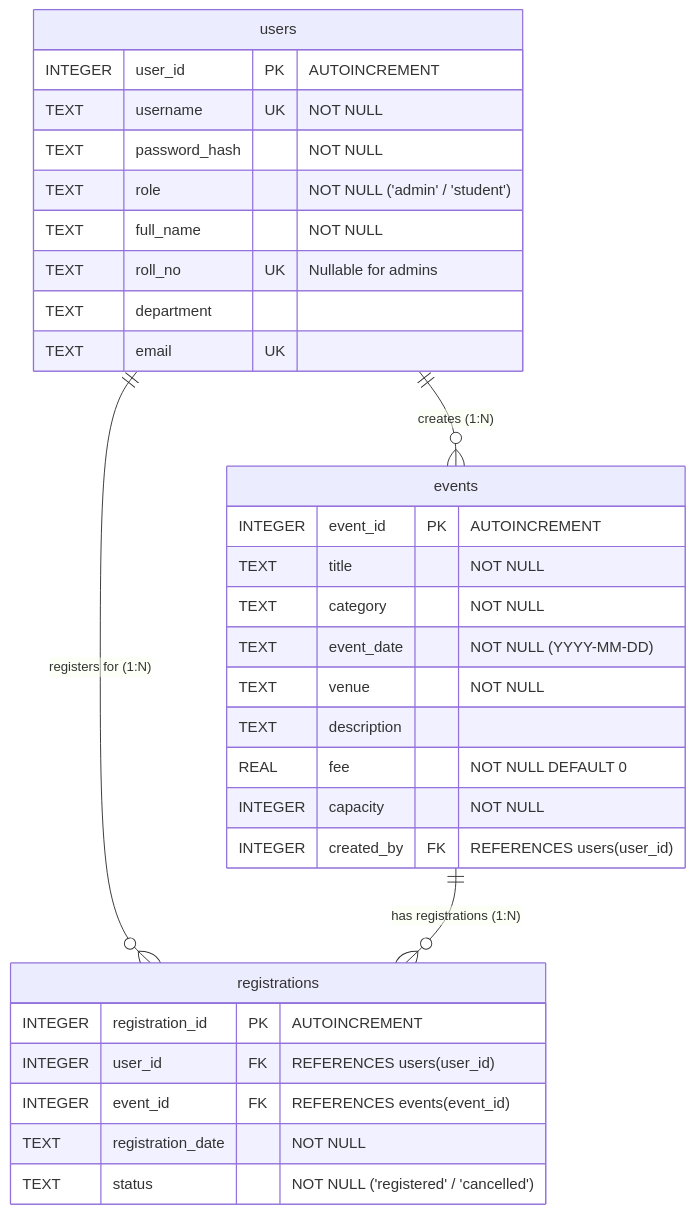
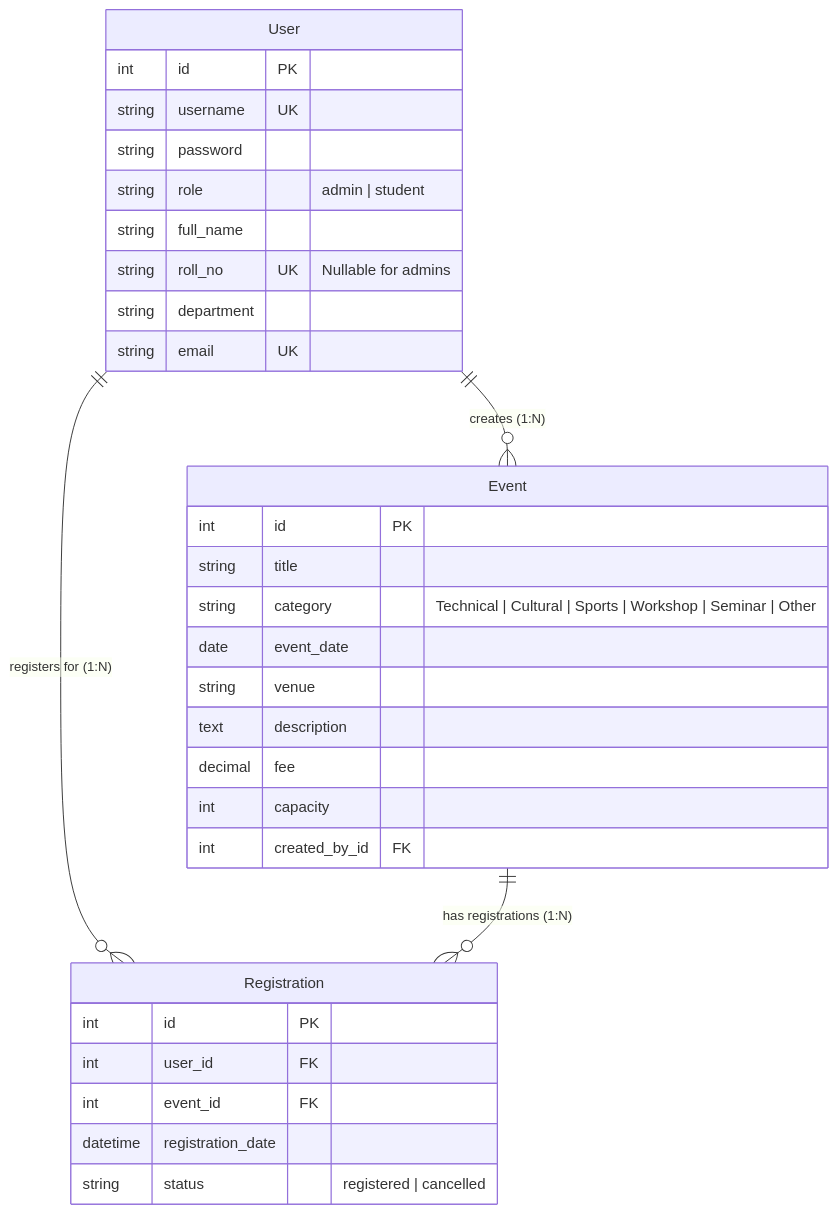
One commit to Rohit-Pandey10/Clg-EventManagement changed the diagram in README.md. Above: the diagram before and after it, drawn with Mermaid. The commit also changed other lines of this file and 42 other files, not shown here.

Commit message:
feat: complete College Event Management System (CEMS) Django overhaul with modern UI, admin suite, and seed data

````diff
--- a/README.md
+++ b/README.md
@@ -89,37 +141,37 @@
 ```mermaid
 erDiagram
-    users ||--o{ events : "creates (1:N)"
-    users ||--o{ registrations : "registers for (1:N)"
-    events ||--o{ registrations : "has registrations (1:N)"
+    User ||--o{ Event : "creates (1:N)"
+    User ||--o{ Registration : "registers for (1:N)"
+    Event ||--o{ Registration : "has registrations (1:N)"
 
-    users {
-        INTEGER user_id PK "AUTOINCREMENT"
-        TEXT username UK "NOT NULL"
-        TEXT password_hash "NOT NULL"
-        TEXT role "NOT NULL ('admin' / 'student')"
-        TEXT full_name "NOT NULL"
-        TEXT roll_no UK "Nullable for admins"
-        TEXT department
-        TEXT email UK
+    User {
+        int id PK
+        string username UK
+        string password
+        string role "admin | student"
+        string full_name
+        string roll_no UK "Nullable for admins"
+        string department
+        string email UK
     }
 
-    events {
-        INTEGER event_id PK "AUTOINCREMENT"
-        TEXT title "NOT NULL"
-        TEXT category "NOT NULL"
-        TEXT event_date "NOT NULL (YYYY-MM-DD)"
-        TEXT venue "NOT NULL"
-        TEXT description
-        REAL fee "NOT NULL DEFAULT 0"
-        INTEGER capacity "NOT NULL"
-        INTEGER created_by FK "REFERENCES users(user_id)"
+    Event {
+        int id PK
+        string title
+        string category "Technical | Cultural | Sports | Workshop | Seminar | Other"
+        date event_date
+        string venue
+        text description
+        decimal fee
+        int capacity
+        int created_by_id FK
     }
 
-    registrations {
-        INTEGER registration_id PK "AUTOINCREMENT"
-        INTEGER user_id FK "REFERENCES users(user_id)"
-        INTEGER event_id FK "REFERENCES events(event_id)"
-        TEXT registration_date "NOT NULL"
-        TEXT status "NOT NULL ('registered' / 'cancelled')"
+    Registration {
+        int id PK
+        int user_id FK
+        int event_id FK
+        datetime registration_date
+        string status "registered | cancelled"
     }
 ```
````
